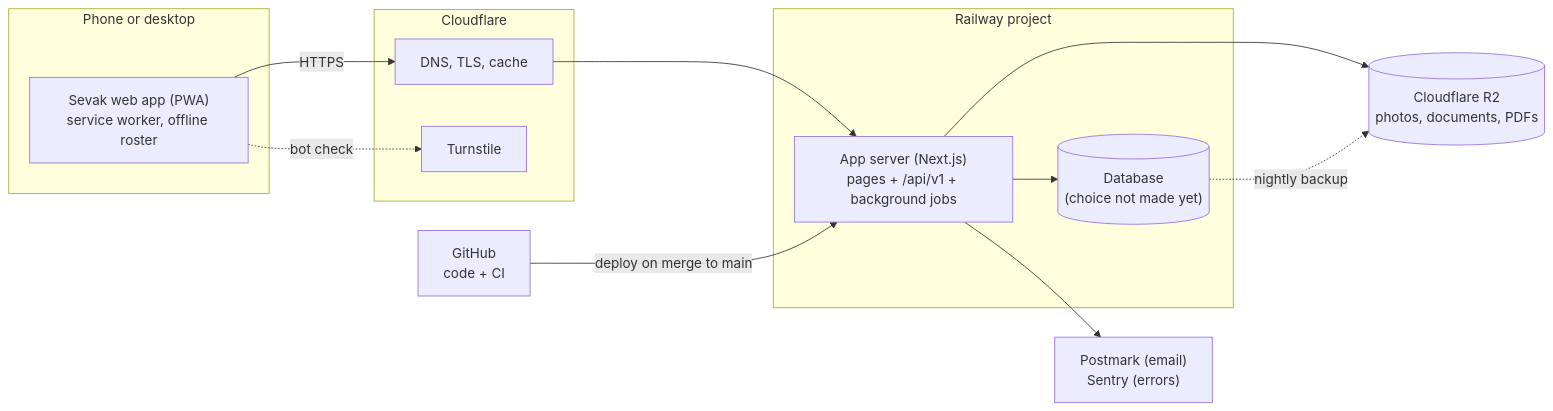
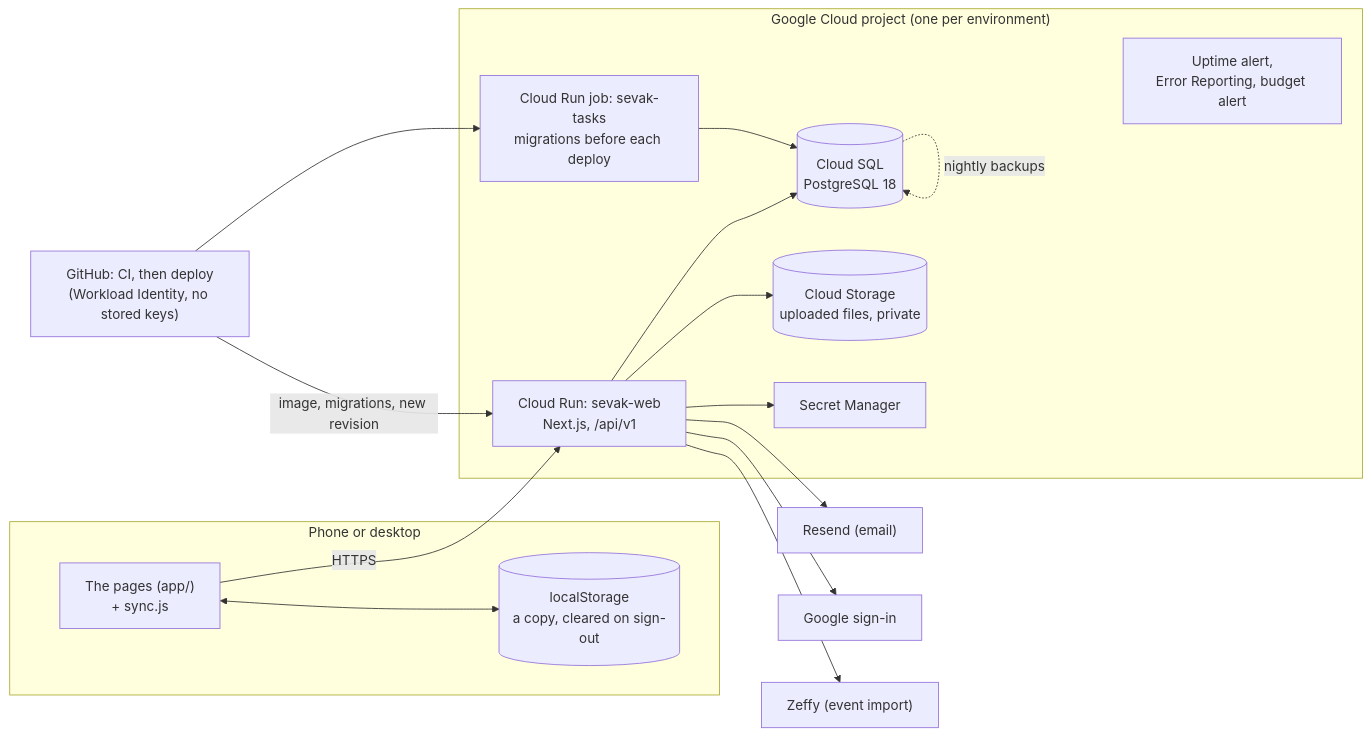
Before and after one commit to anb-solutions/sevak: the tenth of 10 diagrams in docs/DIAGRAMS.md, drawn with Mermaid. The commit also changed other lines of this file and 8 other files, not shown here.

````diff
--- a/docs/DIAGRAMS.md
+++ b/docs/DIAGRAMS.md
@@ -478,29 +452,34 @@
 ```mermaid
 flowchart LR
-    subgraph Phone["Phone or desktop"]
-        PWA["Sevak web app (PWA)<br/>service worker, offline roster"]
+    subgraph Device["Phone or desktop"]
+        B["The pages (app/)<br/>+ sync.js"]
+        LS[("localStorage<br/>a copy, cleared on sign-out")]
     end
 
-    subgraph CF["Cloudflare"]
-        DNS["DNS, TLS, cache"]
-        TS["Turnstile"]
+    subgraph GCP["Google Cloud project (one per environment)"]
+        RUN["Cloud Run: sevak-web<br/>Next.js, /api/v1"]
+        JOB["Cloud Run job: sevak-tasks<br/>migrations before each deploy"]
+        SQL[("Cloud SQL<br/>PostgreSQL 18")]
+        GCS[("Cloud Storage<br/>uploaded files, private")]
+        SM["Secret Manager"]
+        MON["Uptime alert,<br/>Error Reporting, budget alert"]
     end
 
-    subgraph RW["Railway project"]
-        APP["App server (Next.js)<br/>pages + /api/v1 + background jobs"]
-        PG[("Database<br/>(choice not made yet)")]
-    end
+    RES["Resend (email)"]
+    GOO["Google sign-in"]
+    ZEF["Zeffy (event import)"]
+    GH["GitHub: CI, then deploy<br/>(Workload Identity, no stored keys)"]
 
-    R2[("Cloudflare R2<br/>photos, documents, PDFs")]
-
-    SVC["Postmark (email)<br/>Sentry (errors)"]
-    GH["GitHub<br/>code + CI"]
-
-    PWA -- HTTPS --> DNS --> APP
-    PWA -. bot check .-> TS
-    APP --> PG
-    APP --> R2
-    APP --> SVC
-    GH -- "deploy on merge to main" --> APP
-    PG -. "nightly backup" .-> R2
+    B <--> LS
+    B -- HTTPS --> RUN
+    RUN --> SQL
+    RUN --> GCS
+    RUN --> SM
+    JOB --> SQL
+    RUN --> RES
+    RUN --> GOO
+    RUN --> ZEF
+    GH -- "image, migrations, new revision" --> RUN
+    GH --> JOB
+    SQL -. "nightly backups" .-> SQL
 ```
````
